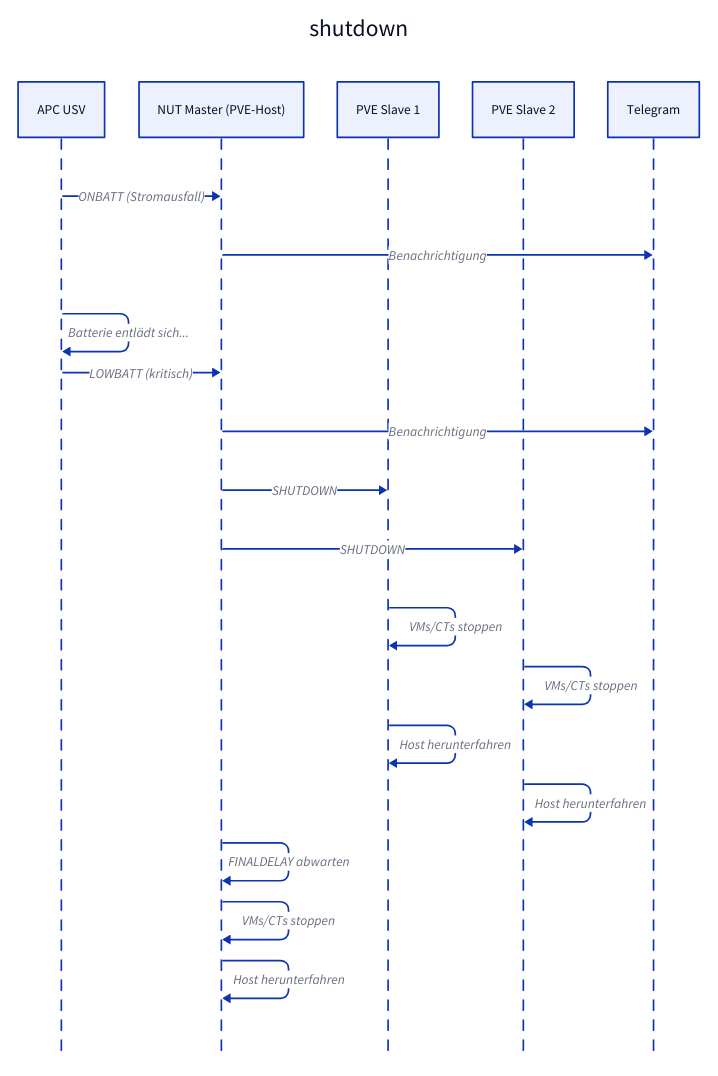
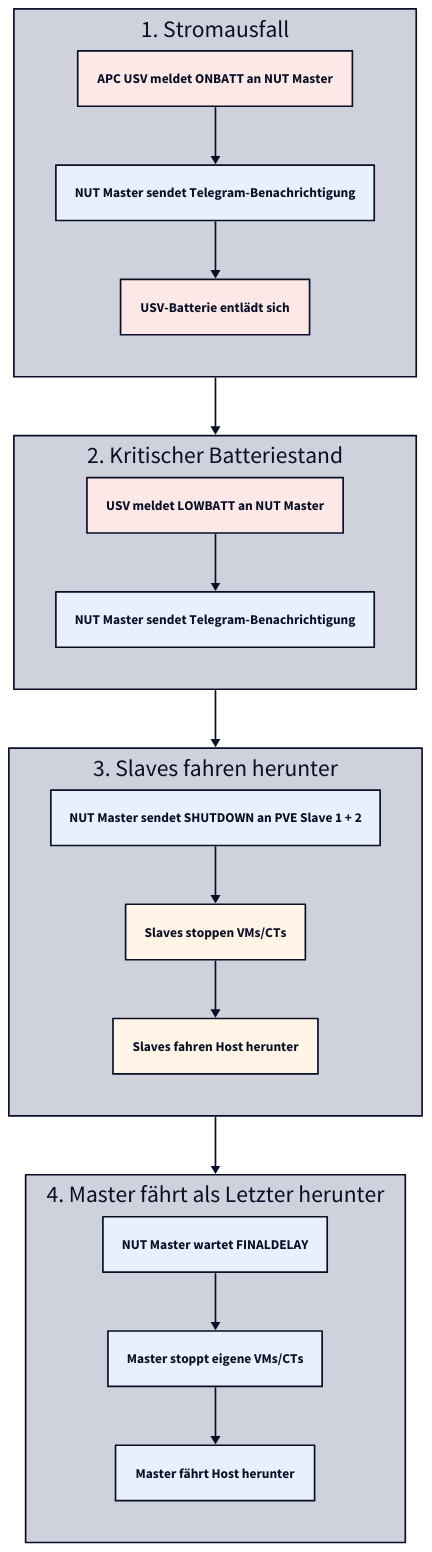
The second of 2 diagrams in docs/ups/index.md (derever-labs/homelab-wiki), drawn with D2 before and after one commit. The commit also changed 3 other files, not shown here.

Commit message:
refactor(diagrams): Sequence-Diagramme auf ELK-Classes umstellen

````diff
--- a/docs/ups/index.md
+++ b/docs/ups/index.md
@@ -61,26 +61,45 @@
 ```d2
-shutdown: {
-  shape: sequence_diagram
+vars: {
+  d2-config: {
+    theme-id: 1
+    layout-engine: elk
+  }
+}
 
-  USV: "APC USV"
-  NUT: "NUT Master (PVE-Host)"
-  S1: "PVE Slave 1"
-  S2: "PVE Slave 2"
-  TG: Telegram
+direction: down
 
-  USV -> NUT: "ONBATT (Stromausfall)"
-  NUT -> TG: Benachrichtigung
-  USV -> USV: "Batterie entlädt sich..."
-  USV -> NUT: "LOWBATT (kritisch)"
-  NUT -> TG: Benachrichtigung
-  NUT -> S1: SHUTDOWN
-  NUT -> S2: SHUTDOWN
-  S1 -> S1: "VMs/CTs stoppen"
-  S2 -> S2: "VMs/CTs stoppen"
-  S1 -> S1: Host herunterfahren
-  S2 -> S2: Host herunterfahren
-  NUT -> NUT: "FINALDELAY abwarten"
-  NUT -> NUT: "VMs/CTs stoppen"
-  NUT -> NUT: Host herunterfahren
+classes: {
+  usv: { style.fill: "#fce8e6" }
+  nut: { style.fill: "#e8f0fe" }
+  slave: { style.fill: "#fff4e5" }
 }
+
+onbatt: 1. Stromausfall {
+  ev: "APC USV meldet ONBATT an NUT Master" { class: usv }
+  n1: "NUT Master sendet Telegram-Benachrichtigung" { class: nut }
+  drain: "USV-Batterie entlädt sich" { class: usv }
+  ev -> n1 -> drain
+}
+
+lowbatt: 2. Kritischer Batteriestand {
+  ev: "USV meldet LOWBATT an NUT Master" { class: usv }
+  n2: "NUT Master sendet Telegram-Benachrichtigung" { class: nut }
+  ev -> n2
+}
+
+slaves: 3. Slaves fahren herunter {
+  cmd: "NUT Master sendet SHUTDOWN an PVE Slave 1 + 2" { class: nut }
+  vms: "Slaves stoppen VMs/CTs" { class: slave }
+  halt: "Slaves fahren Host herunter" { class: slave }
+  cmd -> vms -> halt
+}
+
+master: 4. Master fährt als Letzter herunter {
+  delay: "NUT Master wartet FINALDELAY" { class: nut }
+  vms: "Master stoppt eigene VMs/CTs" { class: nut }
+  halt: "Master fährt Host herunter" { class: nut }
+  delay -> vms -> halt
+}
+
+onbatt -> lowbatt -> slaves -> master
 ```
````
